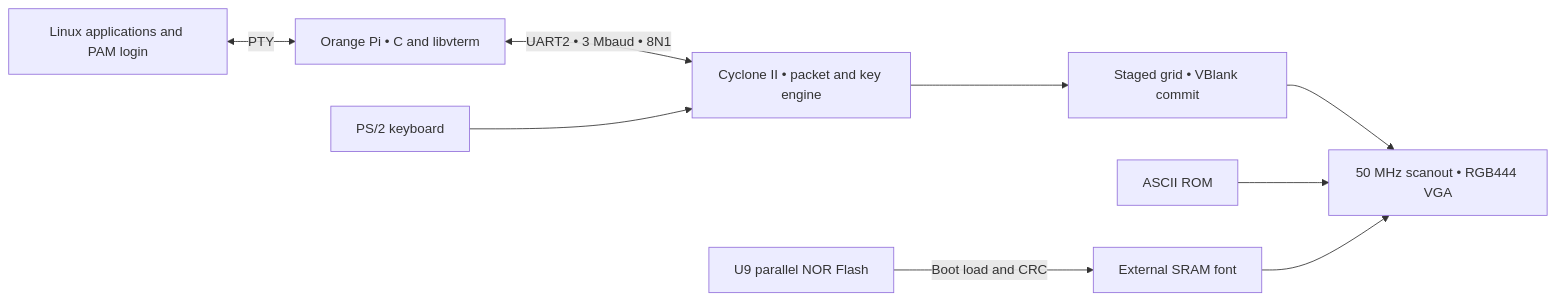
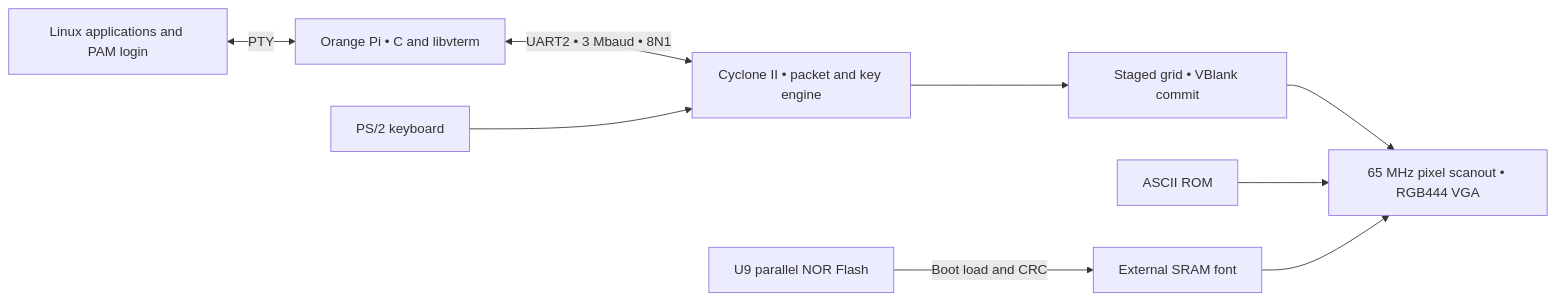
The diagram in README.md (clementnie/SUPERFACE), drawn with Mermaid before and after one commit. The commit also changed other lines of this file and 27 other files, not shown here.

````diff
--- a/README.md
+++ b/README.md
@@ -5,11 +5,11 @@
 ```mermaid
 flowchart LR
     App["Linux applications and PAM login"] <-->|PTY| Host["Orange Pi • C and libvterm"]
     Host <-->|"UART2 • 3 Mbaud • 8N1"| Link["Cyclone II • packet and key engine"]
     Key["PS/2 keyboard"] --> Link
     Link --> Grid["Staged grid • VBlank commit"]
-    Grid --> VGA["50 MHz scanout • RGB444 VGA"]
+    Grid --> VGA["65 MHz pixel scanout • RGB444 VGA"]
     ROM["ASCII ROM"] --> VGA
     Flash["U9 parallel NOR Flash"] -->|Boot load and CRC| SRAM["External SRAM font"]
     SRAM --> VGA
 ```
````
